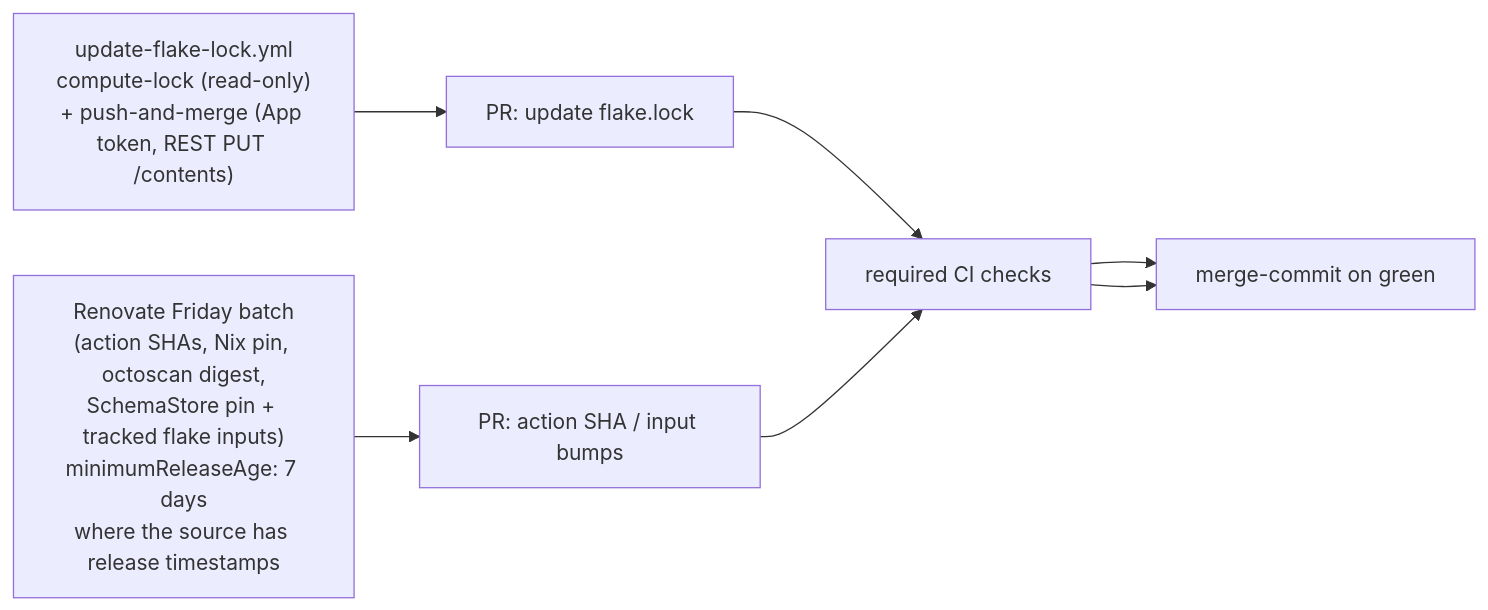
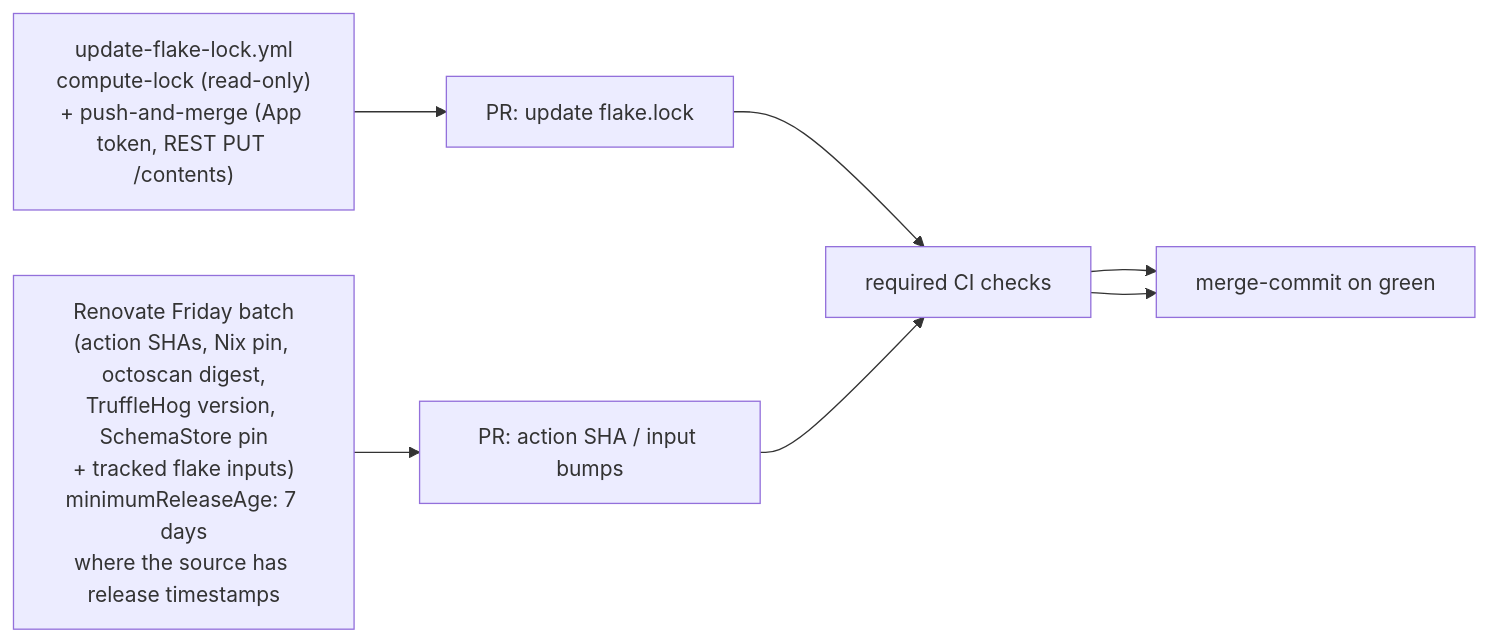
The third of 3 diagrams in docs/architecture/auto-update.md (rvenutolo/linPEAS-flake), drawn with Mermaid before and after one commit. The commit also changed 4 other files, not shown here.

First line of the commit message:
docs: describe TruffleHog's verified release-binary path

````diff
--- a/docs/architecture/auto-update.md
+++ b/docs/architecture/auto-update.md
@@ -96,12 +96,12 @@
 ```mermaid
 flowchart LR
   flakelock["update-flake-lock.yml<br/>compute-lock (read-only)<br/>+ push-and-merge (App token, REST PUT /contents)"]
-  renovate["Renovate Friday batch<br/>(action SHAs, Nix pin, octoscan digest,<br/>SchemaStore pin + tracked flake inputs)<br/>minimumReleaseAge: 7 days<br/>where the source has release timestamps"]
+  renovate["Renovate Friday batch<br/>(action SHAs, Nix pin, octoscan digest,<br/>TruffleHog version, SchemaStore pin<br/>+ tracked flake inputs)<br/>minimumReleaseAge: 7 days<br/>where the source has release timestamps"]
   pr1["PR: update flake.lock"]
   pr2["PR: action SHA / input bumps"]
   ci["required CI checks"]
   merge["merge-commit on green"]
 
   flakelock --> pr1 --> ci --> merge
   renovate --> pr2 --> ci --> merge
 ```
````
